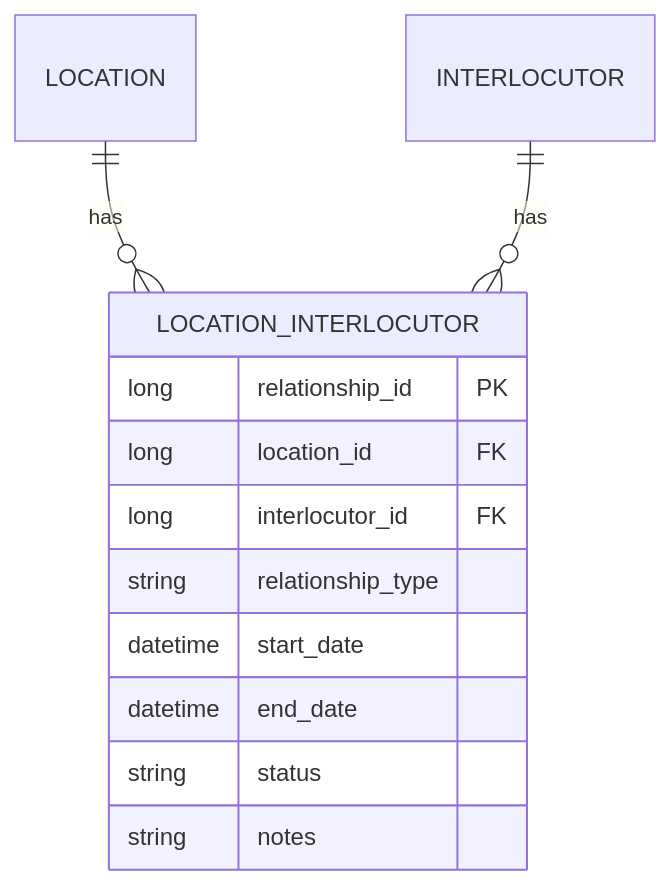
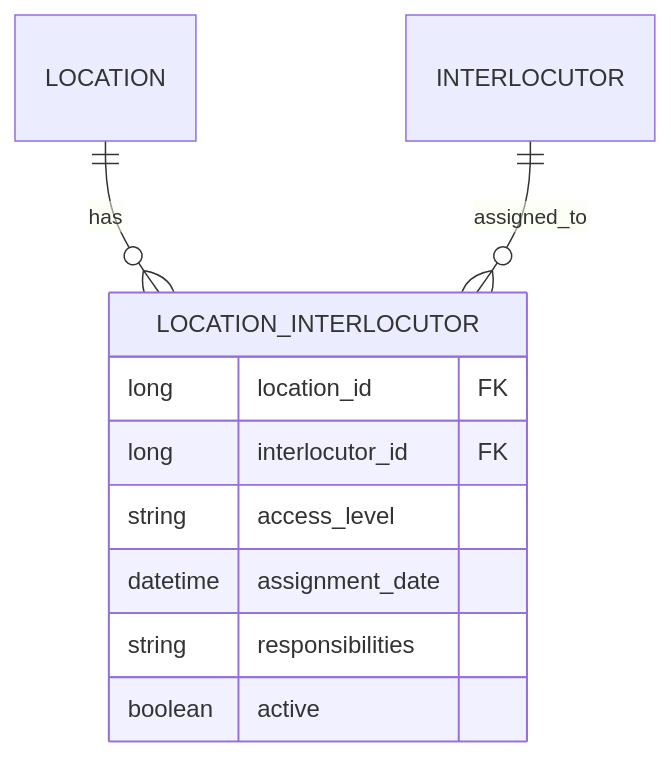
One commit to pepices/PBLEntradaUnica changed the second of 2 diagrams in docs/entities/location-interlocutor.md. Above: the diagram before and after it, drawn with Mermaid. The commit also changed other lines of this file and 3 other files, not shown here.

Commit message:
Add process flow diagrams to remaining documentation

````diff
--- a/docs/entities/location-interlocutor.md
+++ b/docs/entities/location-interlocutor.md
@@ -7,15 +27,13 @@
 ```mermaid
 erDiagram
     LOCATION ||--o{ LOCATION_INTERLOCUTOR : "has"
-    INTERLOCUTOR ||--o{ LOCATION_INTERLOCUTOR : "has"
+    INTERLOCUTOR ||--o{ LOCATION_INTERLOCUTOR : "assigned_to"
     LOCATION_INTERLOCUTOR {
-        long relationship_id PK
         long location_id FK
         long interlocutor_id FK
-        string relationship_type
-        datetime start_date
-        datetime end_date
-        string status
-        string notes
+        string access_level
+        datetime assignment_date
+        string responsibilities
+        boolean active
     }
 ```
````
